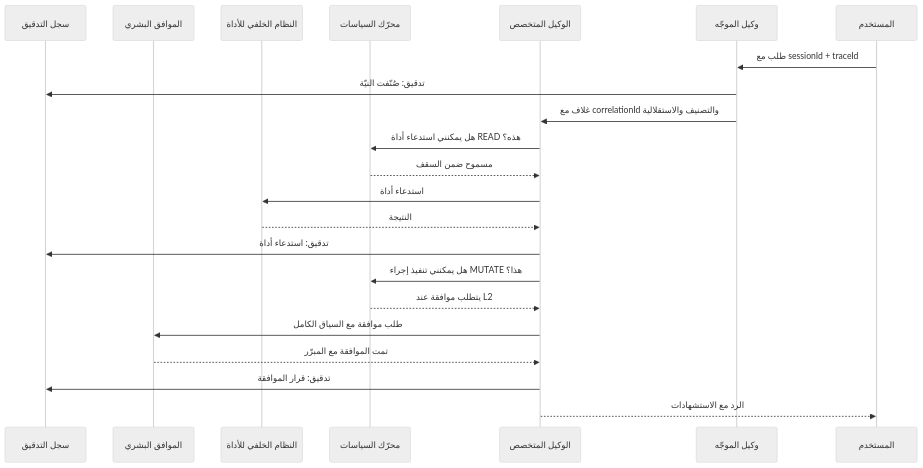
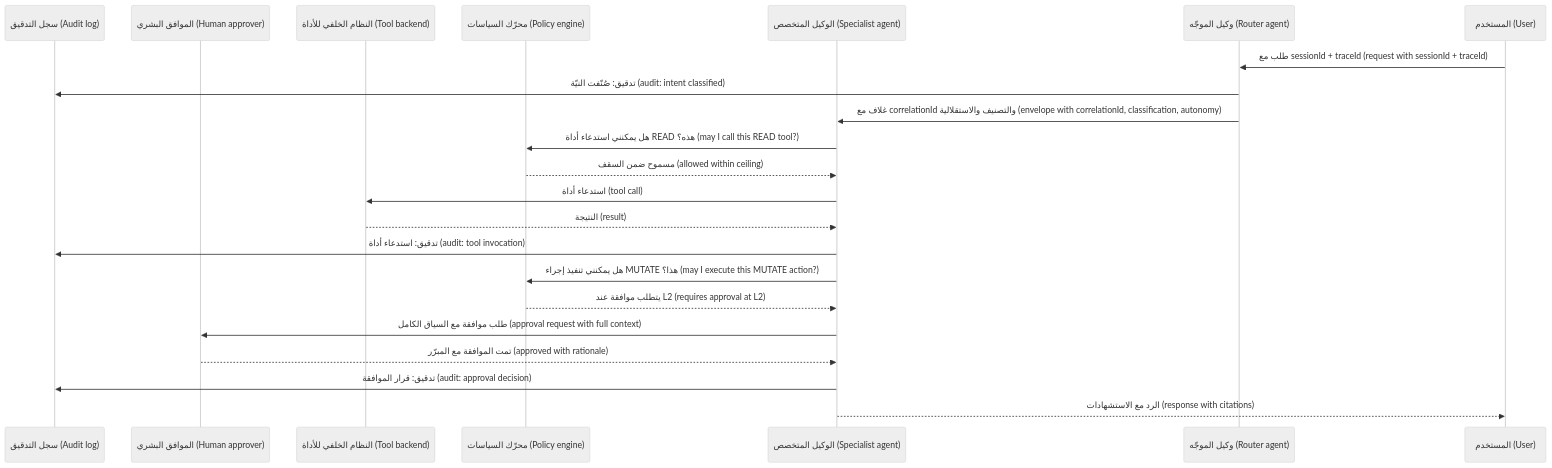
Before and after one commit to Tamoura/AI-agents: the second of 4 diagrams in qdb-agent-framework/docs/PRODUCTION-PLAYBOOK.ar.md, drawn with Mermaid (neutral theme). The commit also changed other lines of this file and 3 other files, not shown here.

First line of the commit message:
Arabic docs: English on every diagram label; rebuild Arabic HTML

````diff
--- a/qdb-agent-framework/docs/PRODUCTION-PLAYBOOK.ar.md
+++ b/qdb-agent-framework/docs/PRODUCTION-PLAYBOOK.ar.md
@@ -124,25 +124,25 @@
 ```mermaid
 sequenceDiagram
-    participant L as سجل التدقيق
-    participant H as الموافق البشري
-    participant T as النظام الخلفي للأداة
-    participant P as محرّك السياسات
-    participant A as الوكيل المتخصص
-    participant R as وكيل الموجّه
-    participant U as المستخدم
+    participant L as سجل التدقيق (Audit log)
+    participant H as الموافق البشري (Human approver)
+    participant T as النظام الخلفي للأداة (Tool backend)
+    participant P as محرّك السياسات (Policy engine)
+    participant A as الوكيل المتخصص (Specialist agent)
+    participant R as وكيل الموجّه (Router agent)
+    participant U as المستخدم (User)
 
-    U->>R: طلب مع sessionId + traceId
-    R->>L: تدقيق: صُنّفت النيّة
-    R->>A: غلاف مع correlationId والتصنيف والاستقلالية
-    A->>P: هل يمكنني استدعاء أداة READ هذه؟
-    P-->>A: مسموح ضمن السقف
-    A->>T: استدعاء أداة
-    T-->>A: النتيجة
-    A->>L: تدقيق: استدعاء أداة
-    A->>P: هل يمكنني تنفيذ إجراء MUTATE هذا؟
-    P-->>A: يتطلب موافقة عند L2
-    A->>H: طلب موافقة مع السياق الكامل
-    H-->>A: تمت الموافقة مع المبرّر
-    A->>L: تدقيق: قرار الموافقة
-    A-->>U: الرد مع الاستشهادات
+    U->>R: طلب مع sessionId + traceId (request with sessionId + traceId)
+    R->>L: تدقيق: صُنّفت النيّة (audit: intent classified)
+    R->>A: غلاف مع correlationId والتصنيف والاستقلالية (envelope with correlationId, classification, autonomy)
+    A->>P: هل يمكنني استدعاء أداة READ هذه؟ (may I call this READ tool?)
+    P-->>A: مسموح ضمن السقف (allowed within ceiling)
+    A->>T: استدعاء أداة (tool call)
+    T-->>A: النتيجة (result)
+    A->>L: تدقيق: استدعاء أداة (audit: tool invocation)
+    A->>P: هل يمكنني تنفيذ إجراء MUTATE هذا؟ (may I execute this MUTATE action?)
+    P-->>A: يتطلب موافقة عند L2 (requires approval at L2)
+    A->>H: طلب موافقة مع السياق الكامل (approval request with full context)
+    H-->>A: تمت الموافقة مع المبرّر (approved with rationale)
+    A->>L: تدقيق: قرار الموافقة (audit: approval decision)
+    A-->>U: الرد مع الاستشهادات (response with citations)
 ```
````
